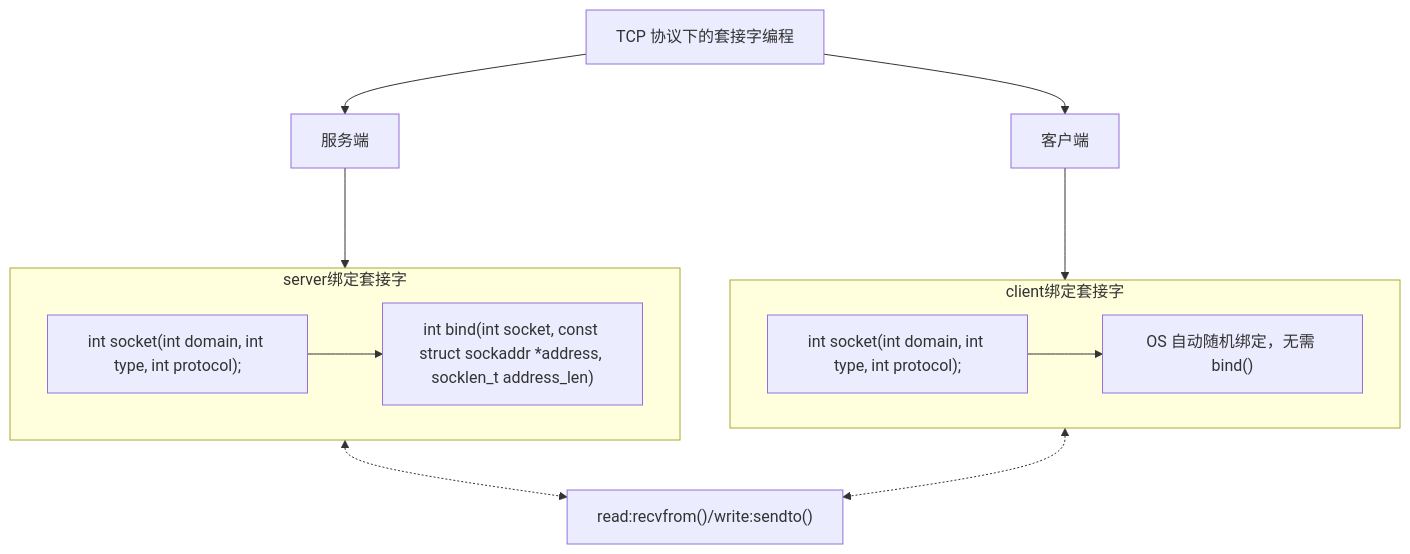
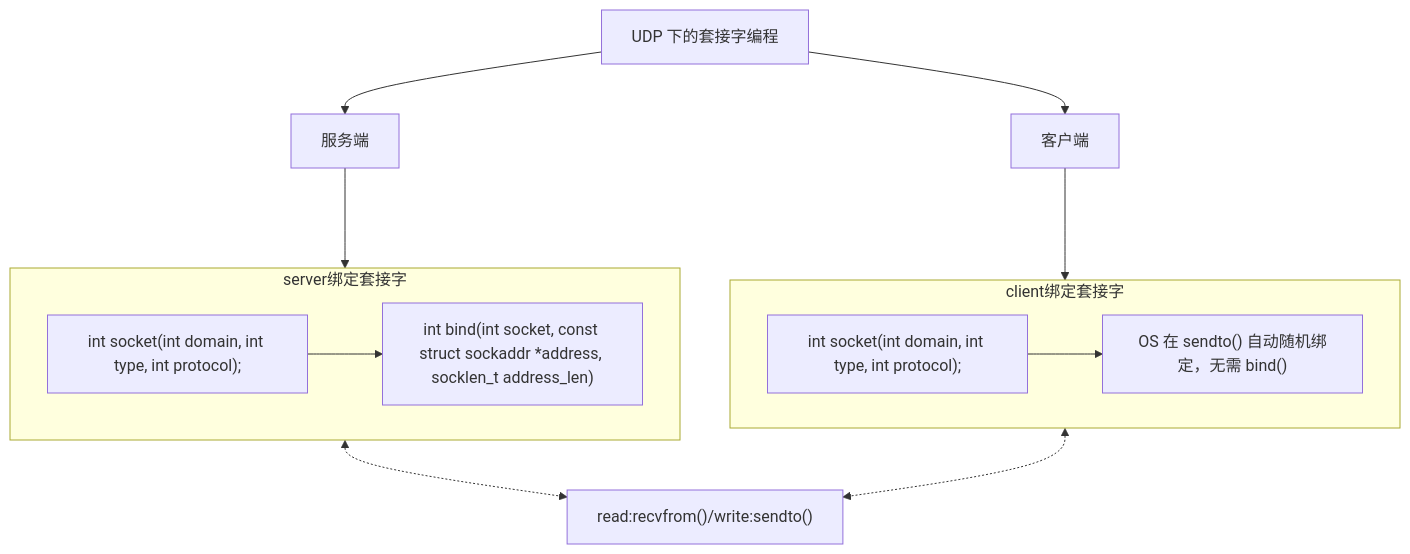
Before and after one commit to xiaogithubooo/LimouLearnNote: the first of 2 diagrams in Computer_Networks_Note/003+limou+2024_01_32+套接字与网络编程.md, drawn with Mermaid. The commit also changed other lines of this file and 2 other files, not shown here.

````diff
--- a/Computer_Networks_Note/003+limou+2024_01_32+套接字与网络编程.md
+++ b/Computer_Networks_Note/003+limou+2024_01_32+套接字与网络编程.md
@@ -225,22 +225,22 @@
 ```mermaid
 flowchart TD
-tcp["TCP 协议下的套接字编程"] --> server & client
+tcp["UDP 下的套接字编程"] --> server & client
 
 server["服务端"]
 subgraph server绑定套接字
     socketbind["int socket(int domain, int type, int protocol);"]
     bind["int bind(int socket, const struct sockaddr *address, socklen_t address_len)"]
     socketbind --> bind
 end
 server ---> server绑定套接字 <-.-> read_and_write
 
 client["客户端"]
 subgraph client绑定套接字
     socket["int socket(int domain, int type, int protocol);"]
-    auto["OS 自动随机绑定，无需 bind()"]
+    auto["OS 在 sendto() 自动随机绑定，无需 bind()"]
     socket --> auto
 end
 client ---> client绑定套接字 <-.-> read_and_write
 
 read_and_write["read:recvfrom()/write:sendto()"]
 ```
````
